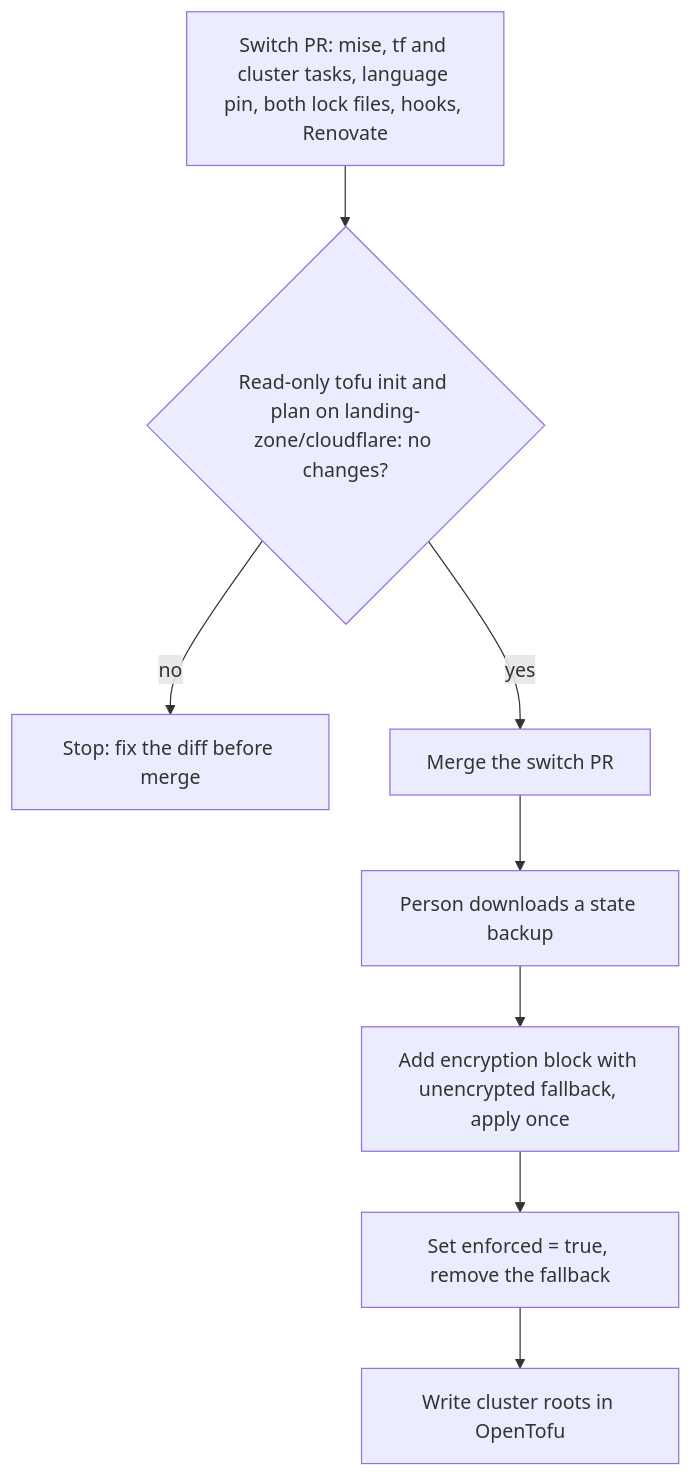
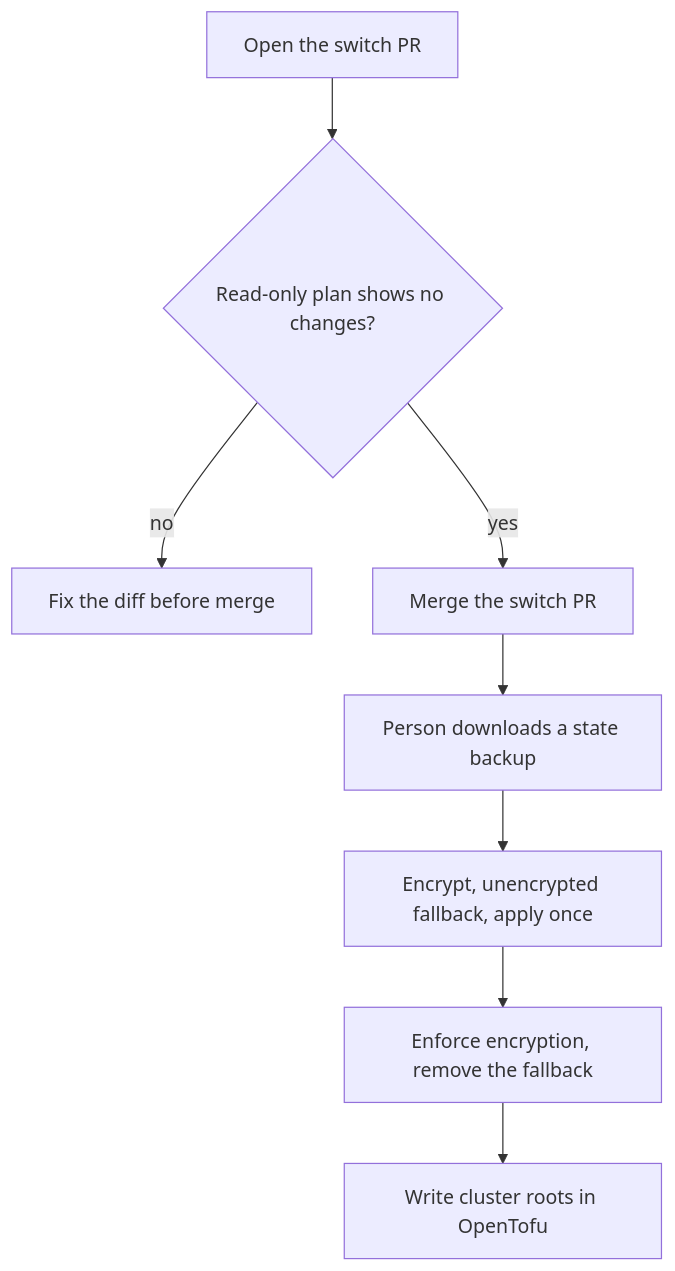
The second of 2 diagrams in docs/rfc/0022-iac-tool.md (gsuquet/infra), drawn with Mermaid before and after one commit. The commit also changed other lines of this file and 4 other files, not shown here.

````diff
--- a/docs/rfc/0022-iac-tool.md
+++ b/docs/rfc/0022-iac-tool.md
@@ -220,10 +132,10 @@
 ```mermaid
 flowchart TD
-  pr["Switch PR: mise, tf and cluster tasks, language pin, both lock files, hooks, Renovate"] --> gate{"Read-only tofu init and plan on landing-zone/cloudflare: no changes?"}
-  gate -->|"no"| stop["Stop: fix the diff before merge"]
+  pr["Open the switch PR"] --> gate{"Read-only plan shows no changes?"}
+  gate -->|"no"| stop["Fix the diff before merge"]
   gate -->|"yes"| merge["Merge the switch PR"]
   merge --> backup["Person downloads a state backup"]
-  backup --> fallback["Add encryption block with unencrypted fallback, apply once"]
-  fallback --> enforce["Set enforced = true, remove the fallback"]
+  backup --> fallback["Encrypt, unencrypted fallback, apply once"]
+  fallback --> enforce["Enforce encryption, remove the fallback"]
   enforce --> roots["Write cluster roots in OpenTofu"]
 ```
````
